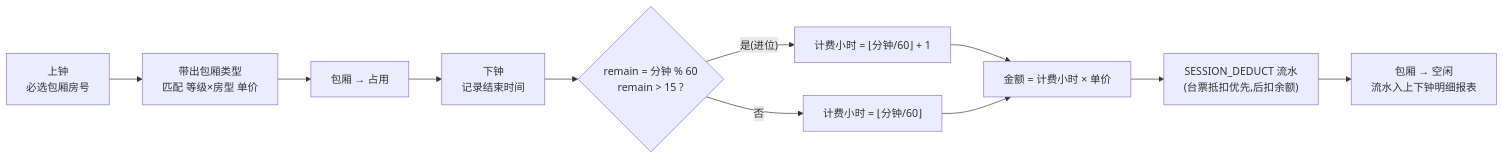
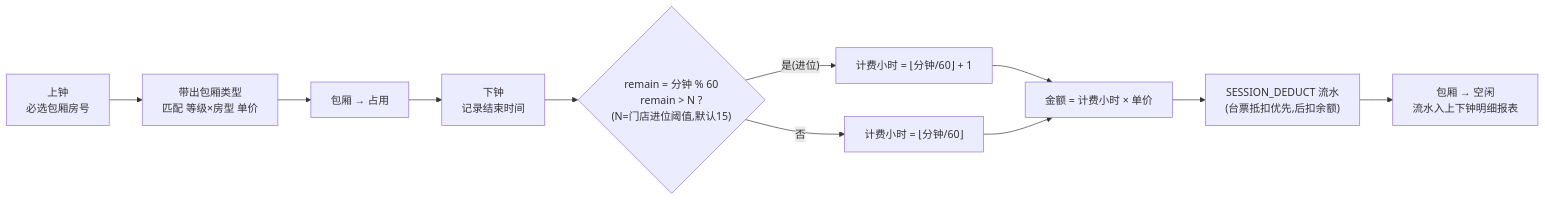
One commit to YYC-Cube/YYC3-LeisureManage changed the second of 3 diagrams in docs/YYC3-LeisureManage-可视化交互体系设计.md. Above: the diagram before and after it, drawn with Mermaid. The commit also changed other lines of this file and 10 other files, not shown here.

````diff
--- a/docs/YYC3-LeisureManage-可视化交互体系设计.md
+++ b/docs/YYC3-LeisureManage-可视化交互体系设计.md
@@ -101,13 +101,13 @@
 ```mermaid
 flowchart LR
     A["上钟<br/>必选包厢房号"] --> B["带出包厢类型<br/>匹配 等级×房型 单价"]
     B --> C["包厢 → 占用"]
     C --> D["下钟<br/>记录结束时间"]
-    D --> E{"remain = 分钟 % 60<br/>remain > 15 ?"}
+    D --> E{"remain = 分钟 % 60<br/>remain > N ?<br/>(N=门店进位阈值,默认15)"}
     E -- "是(进位)" --> F["计费小时 = ⌊分钟/60⌋ + 1"]
     E -- "否" --> G["计费小时 = ⌊分钟/60⌋"]
     F --> H["金额 = 计费小时 × 单价"]
     G --> H
     H --> I["SESSION_DEDUCT 流水<br/>(台票抵扣优先,后扣余额)"]
     I --> J["包厢 → 空闲<br/>流水入上下钟明细报表"]
 ```
````
